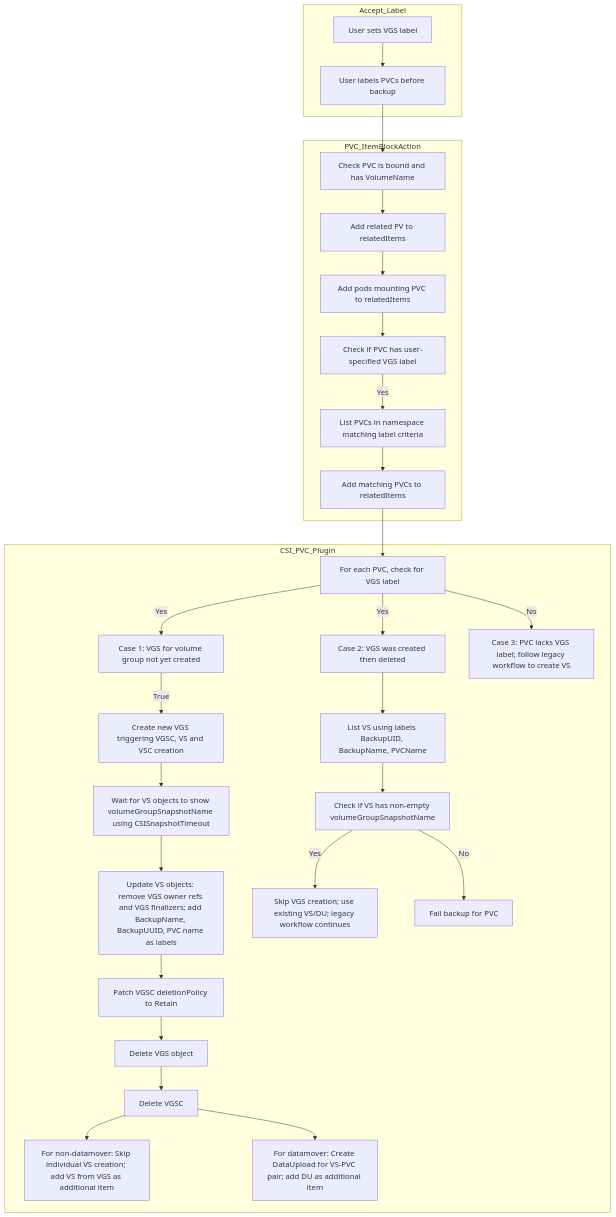
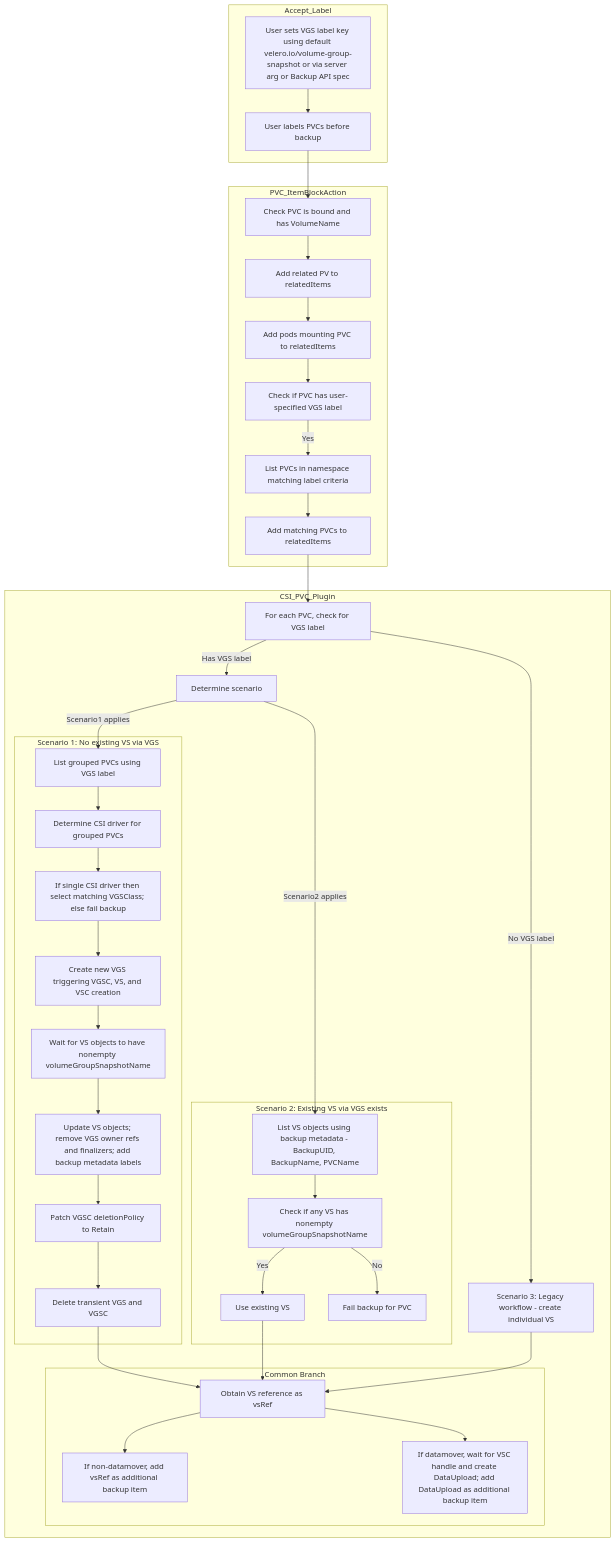
One commit to vmware-tanzu/velero changed the fourth of 4 diagrams in design/volume-group-snapshot.md. Above: the diagram before and after it, drawn with Mermaid. The commit also changed other lines of this file, not shown here.

Commit message:
Update CSI plugin common branch flow and add mechanism to determine VGSClass

````diff
--- a/design/volume-group-snapshot.md
+++ b/design/volume-group-snapshot.md
@@ -163,49 +161,74 @@
 ```mermaid
 flowchart TD
-%% Section 1: Accept VGS Label from User
+    %% Section 1: Accept VGS Label from User
     subgraph Accept_Label
-        A1[User sets VGS label]
-        A2[User labels PVCs before backup]
-        A1 --> A2
+      A1[User sets VGS label key using default velero.io/volume-group-snapshot or via server arg or Backup API spec]
+      A2[User labels PVCs before backup]
+      A1 --> A2
     end
 
-%% Section 2: PVC ItemBlockAction Plugin
+    %% Section 2: PVC ItemBlockAction Plugin Extension
     subgraph PVC_ItemBlockAction
-        B1[Check PVC is bound and has VolumeName]
-        B2[Add related PV to relatedItems]
-        B3[Add pods mounting PVC to relatedItems]
-        B4[Check if PVC has user-specified VGS label]
-        B5[List PVCs in namespace matching label criteria]
-        B6[Add matching PVCs to relatedItems]
-        B1 --> B2 --> B3 --> B4
-        B4 -- Yes --> B5
-        B5 --> B6
+      B1[Check PVC is bound and has VolumeName]
+      B2[Add related PV to relatedItems]
+      B3[Add pods mounting PVC to relatedItems]
+      B4[Check if PVC has user-specified VGS label]
+      B5[List PVCs in namespace matching label criteria]
+      B6[Add matching PVCs to relatedItems]
+      B1 --> B2 --> B3 --> B4
+      B4 -- Yes --> B5
+      B5 --> B6
     end
 
-%% Section 3: CSI PVC Plugin Updates
-subgraph CSI_PVC_Plugin
-C1[For each PVC, check for VGS label]
-C1 -- Yes --> C2[Case 1: VGS for volume group not yet created]
-C2 -- True --> C3[Create new VGS triggering VGSC, VS and VSC creation]
-C3 --> C4[Wait for VS objects to show volumeGroupSnapshotName using CSISnapshotTimeout]
-C4 --> C5[Update VS objects: remove VGS owner refs and VGS finalizers; add BackupName, BackupUUID, PVC name as labels]
-C5 --> C6[Patch VGSC deletionPolicy to Retain]
-C6 --> C7[Delete VGS object]
-C7 --> C8[Delete VGSC]
-C8 --> C9[For non-datamover: Skip individual VS creation; add VS from VGS as additional item]
-C8 --> C10[For datamover: Create DataUpload for VS-PVC pair; add DU as additional item]
+    %% Section 3: CSI PVC Plugin Updates
+    subgraph CSI_PVC_Plugin
+       C1[For each PVC, check for VGS label]
+       C1 -- Has VGS label --> C2[Determine scenario]
+       C1 -- No VGS label --> C16[Scenario 3: Legacy workflow - create individual VS]
 
-C1 -- Yes --> C11[Case 2: VGS was created then deleted]
-C11 --> C12[List VS using labels BackupUID, BackupName, PVCName]
-C12 --> C13[Check if VS has non-empty volumeGroupSnapshotName]
-C13 -- Yes --> C14[Skip VGS creation; use existing VS/DU; legacy workflow continues]
-C13 -- No --> C15[Fail backup for PVC]
+       %% Scenario 1: No existing VS via VGS exists
+       subgraph Scenario1[Scenario 1: No existing VS via VGS]
+         S1[List grouped PVCs using VGS label]
+         S2[Determine CSI driver for grouped PVCs]
+         S3[If single CSI driver then select matching VGSClass; else fail backup]
+         S4[Create new VGS triggering VGSC, VS, and VSC creation]
+         S5[Wait for VS objects to have nonempty volumeGroupSnapshotName]
+         S6[Update VS objects; remove VGS owner refs and finalizers; add backup metadata labels]
+         S7[Patch VGSC deletionPolicy to Retain]
+         S8[Delete transient VGS and VGSC]
+         S1 --> S2 --> S3 --> S4 --> S5 --> S6 --> S7 --> S8
+		 
+       end
 
-C1 -- No --> C16[Case 3: PVC lacks VGS label; follow legacy workflow to create VS]
-end
+       %% Scenario 2: Existing VS via VGS exists
+       subgraph Scenario2[Scenario 2: Existing VS via VGS exists]
+         S9[List VS objects using backup metadata - BackupUID, BackupName, PVCName]
+         S10[Check if any VS has nonempty volumeGroupSnapshotName]
+         S9 --> S10
+         S10 -- Yes --> S11[Use existing VS]
+         S10 -- No --> S12[Fail backup for PVC]
+       end
 
-%% Connect Main Sections
-A2 --> B1
-B6 --> C1
+       C2 -- Scenario1 applies --> S1
+       C2 -- Scenario2 applies --> S9
+
+       %% Common Branch: After obtaining a VS reference
+       subgraph Common_Branch[Common Branch]
+         CB1[Obtain VS reference as vsRef]
+         CB2[If non-datamover, add vsRef as additional backup item]
+         CB3[If datamover, wait for VSC handle and create DataUpload; add DataUpload as additional backup item]
+         CB1 --> CB2
+         CB1 --> CB3
+       end
+       
+       %% Connect Scenario outcomes and legacy branch to the common branch
+       S8 --> CB1
+       S11 --> CB1
+       C16 --> CB1
+    end
+
+    %% Overall Flow Connections
+    A2 --> B1
+    B6 --> C1
 
 ```
````
